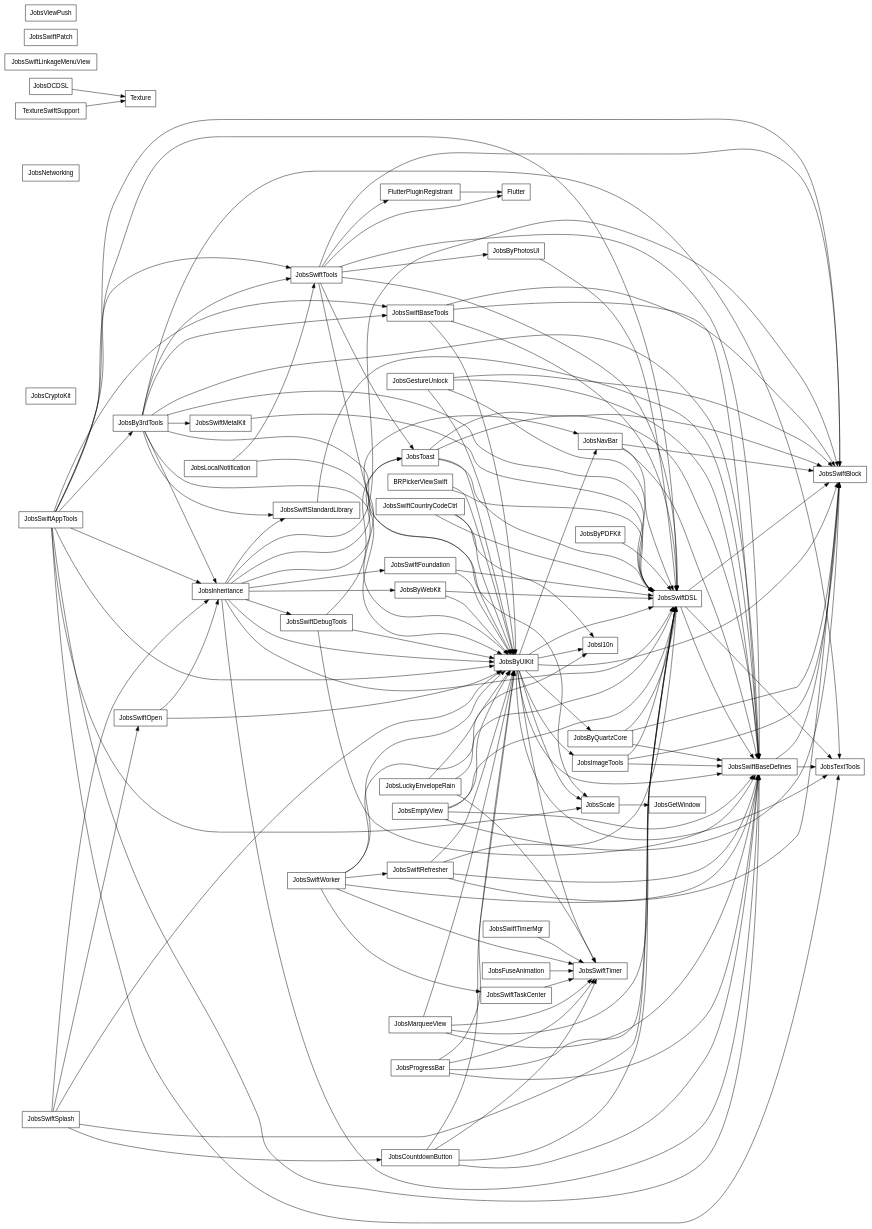
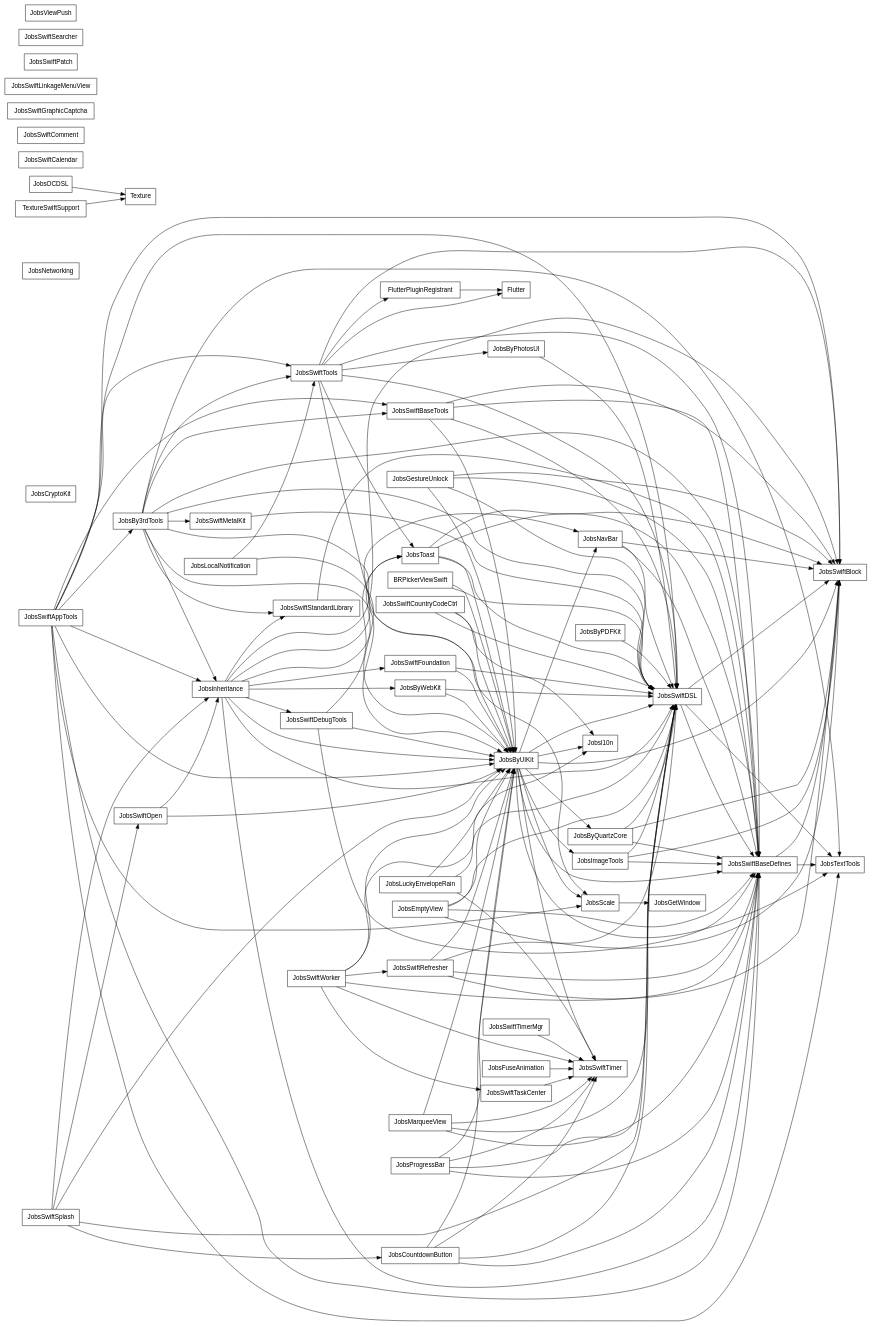
The diagram in PodspecDependencyReport/PodspecDependencies_internal.dot (JobsKits/JobsSwiftBaseConfigDemo), drawn with Graphviz before and after one commit. The commit also changed 61 other files, not shown here.

```diff
--- a/PodspecDependencyReport/PodspecDependencies_internal.dot
+++ b/PodspecDependencyReport/PodspecDependencies_internal.dot
@@ -1,190 +1,194 @@
 digraph PodspecDependencies {
   rankdir=LR;
   node [shape=box, fontname="Helvetica"];
   "BRPickerViewSwift";
   "Flutter";
   "FlutterPluginRegistrant";
   "JobsBy3rdTools";
   "JobsByPDFKit";
   "JobsByPhotosUI";
   "JobsByQuartzCore";
   "JobsByUIKit";
   "JobsByWebKit";
   "JobsCountdownButton";
   "JobsCryptoKit";
   "JobsEmptyView";
   "JobsFuseAnimation";
   "JobsGestureUnlock";
   "JobsGetWindow";
   "JobsImageTools";
   "JobsInheritance";
   "JobsLocalNotification";
   "JobsLuckyEnvelopeRain";
   "JobsMarqueeView";
   "JobsNavBar";
   "JobsNetworking";
   "JobsOCDSL";
   "JobsProgressBar";
   "JobsScale";
   "JobsSwiftAppTools";
   "JobsSwiftBaseDefines";
   "JobsSwiftBaseTools";
   "JobsSwiftBlock";
+  "JobsSwiftCalendar";
+  "JobsSwiftComment";
   "JobsSwiftCountryCodeCtrl";
   "JobsSwiftDSL";
   "JobsSwiftDebugTools";
   "JobsSwiftFoundation";
+  "JobsSwiftGraphicCaptcha";
   "JobsSwiftLinkageMenuView";
   "JobsSwiftMetalKit";
   "JobsSwiftOpen";
   "JobsSwiftPatch";
   "JobsSwiftRefresher";
+  "JobsSwiftSearcher";
   "JobsSwiftSplash";
   "JobsSwiftStandardLibrary";
   "JobsSwiftTaskCenter";
   "JobsSwiftTimer";
   "JobsSwiftTimerMgr";
   "JobsSwiftTools";
   "JobsSwiftWorker";
   "JobsTextTools";
   "JobsToast";
   "JobsViewPush";
   "Jobsl10n";
   "Texture";
   "TextureSwiftSupport";
   "BRPickerViewSwift" -> "JobsByUIKit";
   "BRPickerViewSwift" -> "JobsSwiftDSL";
   "FlutterPluginRegistrant" -> "Flutter";
   "JobsBy3rdTools" -> "JobsByUIKit";
   "JobsBy3rdTools" -> "JobsInheritance";
   "JobsBy3rdTools" -> "JobsScale";
   "JobsBy3rdTools" -> "JobsSwiftBaseDefines";
   "JobsBy3rdTools" -> "JobsSwiftBaseTools";
   "JobsBy3rdTools" -> "JobsSwiftDSL";
   "JobsBy3rdTools" -> "JobsSwiftMetalKit";
   "JobsBy3rdTools" -> "JobsSwiftStandardLibrary";
   "JobsBy3rdTools" -> "JobsSwiftTools";
   "JobsBy3rdTools" -> "JobsTextTools";
   "JobsByPDFKit" -> "JobsSwiftDSL";
   "JobsByPhotosUI" -> "JobsSwiftDSL";
   "JobsByQuartzCore" -> "JobsSwiftBaseDefines";
   "JobsByQuartzCore" -> "JobsSwiftBlock";
   "JobsByQuartzCore" -> "JobsSwiftDSL";
   "JobsByUIKit" -> "JobsByQuartzCore";
   "JobsByUIKit" -> "JobsImageTools";
   "JobsByUIKit" -> "JobsNavBar";
   "JobsByUIKit" -> "JobsScale";
   "JobsByUIKit" -> "JobsSwiftBaseDefines";
   "JobsByUIKit" -> "JobsSwiftBlock";
   "JobsByUIKit" -> "JobsSwiftDSL";
   "JobsByUIKit" -> "JobsSwiftTimer";
   "JobsByUIKit" -> "JobsTextTools";
   "JobsByUIKit" -> "Jobsl10n";
   "JobsByWebKit" -> "JobsByUIKit";
   "JobsByWebKit" -> "JobsSwiftDSL";
   "JobsCountdownButton" -> "JobsByUIKit";
   "JobsCountdownButton" -> "JobsSwiftBaseDefines";
   "JobsCountdownButton" -> "JobsSwiftDSL";
   "JobsCountdownButton" -> "JobsSwiftTimer";
   "JobsEmptyView" -> "JobsByUIKit";
   "JobsEmptyView" -> "JobsSwiftBaseDefines";
   "JobsEmptyView" -> "JobsSwiftBlock";
   "JobsEmptyView" -> "JobsSwiftDSL";
   "JobsFuseAnimation" -> "JobsSwiftTimer";
   "JobsGestureUnlock" -> "JobsByUIKit";
   "JobsGestureUnlock" -> "JobsSwiftBaseDefines";
   "JobsGestureUnlock" -> "JobsSwiftBlock";
   "JobsGestureUnlock" -> "JobsSwiftDSL";
   "JobsImageTools" -> "JobsSwiftBaseDefines";
   "JobsImageTools" -> "JobsSwiftBlock";
   "JobsImageTools" -> "JobsSwiftDSL";
   "JobsInheritance" -> "JobsByUIKit";
   "JobsInheritance" -> "JobsByWebKit";
   "JobsInheritance" -> "JobsNavBar";
   "JobsInheritance" -> "JobsSwiftBaseDefines";
   "JobsInheritance" -> "JobsSwiftBlock";
   "JobsInheritance" -> "JobsSwiftDSL";
   "JobsInheritance" -> "JobsSwiftDebugTools";
   "JobsInheritance" -> "JobsSwiftFoundation";
   "JobsInheritance" -> "JobsSwiftStandardLibrary";
   "JobsInheritance" -> "JobsToast";
   "JobsLocalNotification" -> "JobsByUIKit";
   "JobsLocalNotification" -> "JobsSwiftTools";
   "JobsLuckyEnvelopeRain" -> "JobsByUIKit";
   "JobsLuckyEnvelopeRain" -> "JobsSwiftDSL";
   "JobsLuckyEnvelopeRain" -> "JobsSwiftTimer";
   "JobsMarqueeView" -> "JobsByUIKit";
   "JobsMarqueeView" -> "JobsSwiftBaseDefines";
   "JobsMarqueeView" -> "JobsSwiftDSL";
   "JobsMarqueeView" -> "JobsSwiftTimer";
   "JobsNavBar" -> "JobsSwiftBaseDefines";
   "JobsNavBar" -> "JobsSwiftBlock";
   "JobsNavBar" -> "JobsSwiftDSL";
   "JobsOCDSL" -> "Texture";
   "JobsProgressBar" -> "JobsByUIKit";
   "JobsProgressBar" -> "JobsSwiftBaseDefines";
   "JobsProgressBar" -> "JobsSwiftDSL";
   "JobsProgressBar" -> "JobsSwiftTimer";
   "JobsScale" -> "JobsGetWindow";
   "JobsSwiftAppTools" -> "JobsBy3rdTools";
   "JobsSwiftAppTools" -> "JobsByUIKit";
   "JobsSwiftAppTools" -> "JobsInheritance";
   "JobsSwiftAppTools" -> "JobsScale";
   "JobsSwiftAppTools" -> "JobsSwiftBaseDefines";
   "JobsSwiftAppTools" -> "JobsSwiftBaseTools";
   "JobsSwiftAppTools" -> "JobsSwiftBlock";
   "JobsSwiftAppTools" -> "JobsSwiftDSL";
   "JobsSwiftAppTools" -> "JobsSwiftTools";
   "JobsSwiftAppTools" -> "JobsTextTools";
   "JobsSwiftBaseDefines" -> "JobsSwiftBlock";
   "JobsSwiftBaseDefines" -> "JobsTextTools";
   "JobsSwiftBaseTools" -> "JobsByUIKit";
   "JobsSwiftBaseTools" -> "JobsSwiftBaseDefines";
   "JobsSwiftBaseTools" -> "JobsSwiftBlock";
   "JobsSwiftBaseTools" -> "JobsSwiftDSL";
   "JobsSwiftCountryCodeCtrl" -> "JobsByUIKit";
   "JobsSwiftCountryCodeCtrl" -> "JobsSwiftDSL";
   "JobsSwiftCountryCodeCtrl" -> "Jobsl10n";
   "JobsSwiftDSL" -> "JobsSwiftBaseDefines";
   "JobsSwiftDSL" -> "JobsSwiftBlock";
   "JobsSwiftDSL" -> "JobsTextTools";
   "JobsSwiftDebugTools" -> "JobsByUIKit";
   "JobsSwiftDebugTools" -> "JobsSwiftBaseDefines";
   "JobsSwiftDebugTools" -> "JobsToast";
   "JobsSwiftFoundation" -> "JobsByUIKit";
   "JobsSwiftFoundation" -> "JobsSwiftDSL";
   "JobsSwiftMetalKit" -> "JobsSwiftDSL";
   "JobsSwiftOpen" -> "JobsByUIKit";
   "JobsSwiftOpen" -> "JobsInheritance";
   "JobsSwiftRefresher" -> "JobsByUIKit";
   "JobsSwiftRefresher" -> "JobsSwiftBaseDefines";
   "JobsSwiftRefresher" -> "JobsSwiftBlock";
   "JobsSwiftRefresher" -> "JobsSwiftDSL";
   "JobsSwiftSplash" -> "JobsByUIKit";
   "JobsSwiftSplash" -> "JobsCountdownButton";
   "JobsSwiftSplash" -> "JobsInheritance";
   "JobsSwiftSplash" -> "JobsSwiftDSL";
   "JobsSwiftSplash" -> "JobsSwiftOpen";
   "JobsSwiftStandardLibrary" -> "JobsSwiftBaseDefines";
   "JobsSwiftTaskCenter" -> "JobsSwiftTimer";
   "JobsSwiftTimerMgr" -> "JobsSwiftTimer";
   "JobsSwiftTools" -> "Flutter";
   "JobsSwiftTools" -> "FlutterPluginRegistrant";
   "JobsSwiftTools" -> "JobsByPhotosUI";
   "JobsSwiftTools" -> "JobsByUIKit";
   "JobsSwiftTools" -> "JobsSwiftBaseDefines";
   "JobsSwiftTools" -> "JobsSwiftBlock";
   "JobsSwiftTools" -> "JobsSwiftDSL";
   "JobsSwiftTools" -> "JobsToast";
   "JobsSwiftWorker" -> "JobsByUIKit";
   "JobsSwiftWorker" -> "JobsSwiftBaseDefines";
   "JobsSwiftWorker" -> "JobsSwiftRefresher";
   "JobsSwiftWorker" -> "JobsSwiftTaskCenter";
   "JobsSwiftWorker" -> "JobsSwiftTimer";
   "JobsSwiftWorker" -> "Jobsl10n";
   "JobsToast" -> "JobsByUIKit";
   "JobsToast" -> "JobsSwiftBaseDefines";
   "JobsToast" -> "JobsSwiftBlock";
   "JobsToast" -> "JobsSwiftDSL";
   "TextureSwiftSupport" -> "Texture";
 }
```
